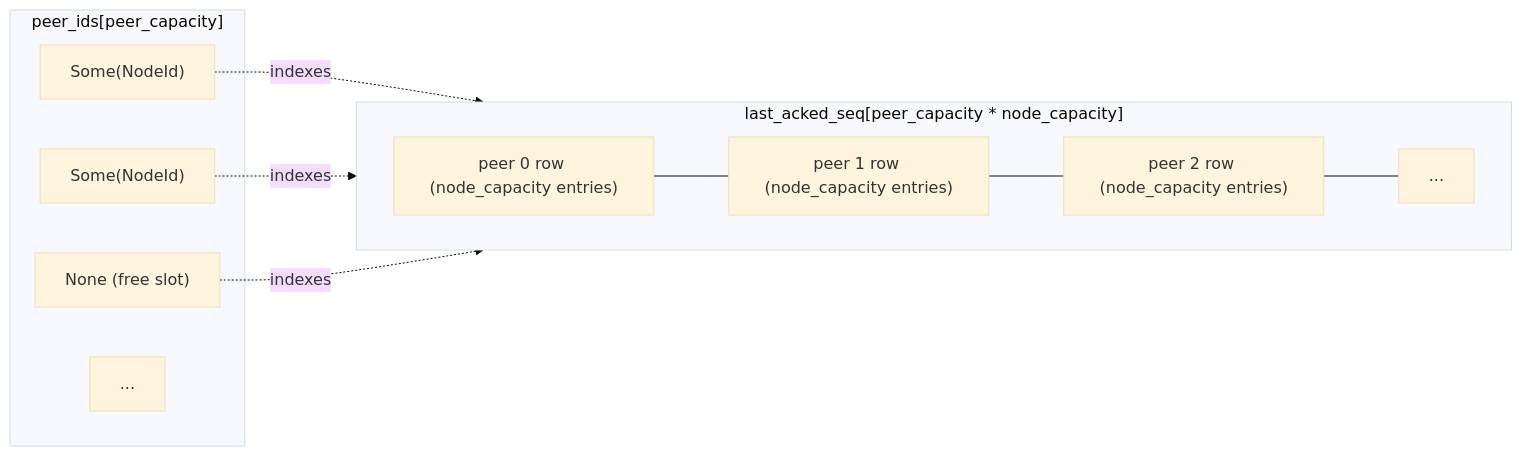
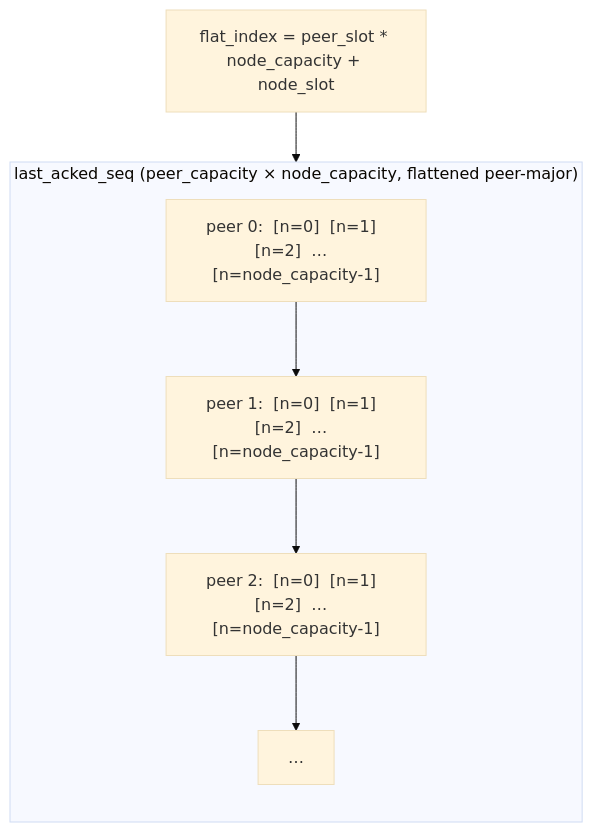
One commit to prosody-events/gabion changed diagram 20 of 22 in crates/gabion/CRDT.md. Above: the diagram before and after it, drawn with Mermaid (base theme). The commit also changed other lines of this file and 7 other files, not shown here.

````diff
--- a/crates/gabion/CRDT.md
+++ b/crates/gabion/CRDT.md
@@ -1290,20 +1318,12 @@
 ```mermaid
-flowchart LR
-  subgraph last_acked_seq["last_acked_seq[peer_capacity * node_capacity]"]
-    direction LR
-    R0["peer 0 row (node_capacity entries)"]
-    R1["peer 1 row (node_capacity entries)"]
-    R2["peer 2 row (node_capacity entries)"]
-    Rk["..."]
-    R0 --- R1 --- R2 --- Rk
+flowchart TB
+  subgraph last_acked["last_acked_seq (peer_capacity × node_capacity, flattened peer-major)"]
+    direction TB
+    P0["peer 0:  [n=0]  [n=1]  [n=2]  …  [n=node_capacity-1]"]
+    P1["peer 1:  [n=0]  [n=1]  [n=2]  …  [n=node_capacity-1]"]
+    P2["peer 2:  [n=0]  [n=1]  [n=2]  …  [n=node_capacity-1]"]
+    DOTS["…"]
+    P0 --> P1 --> P2 --> DOTS
   end
-  subgraph peer_ids["peer_ids[peer_capacity]"]
-    P0["Some(NodeId)"]
-    P1["Some(NodeId)"]
-    P2["None (free slot)"]
-    Pk["..."]
-  end
-  P0 -. indexes .-> R0
-  P1 -. indexes .-> R1
-  P2 -. indexes .-> R2
+  IDX["flat_index = peer_slot * node_capacity + node_slot"] --> P1
 ```
````
